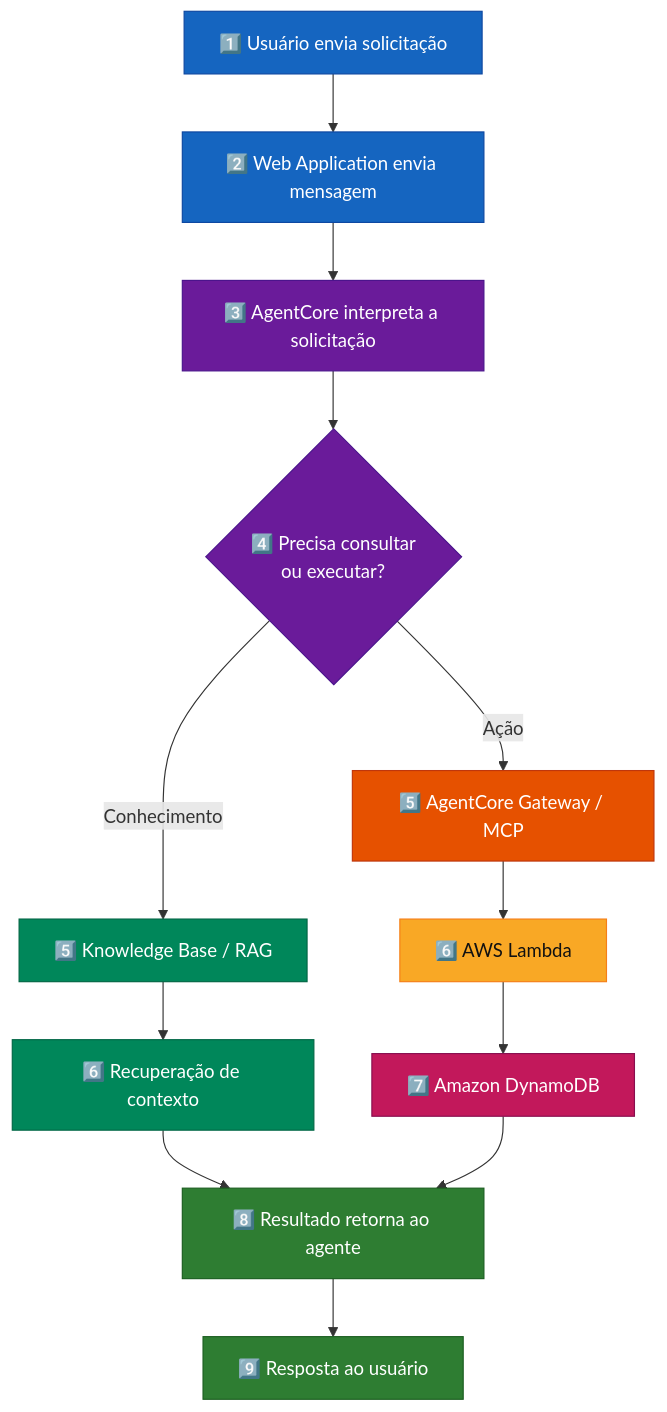
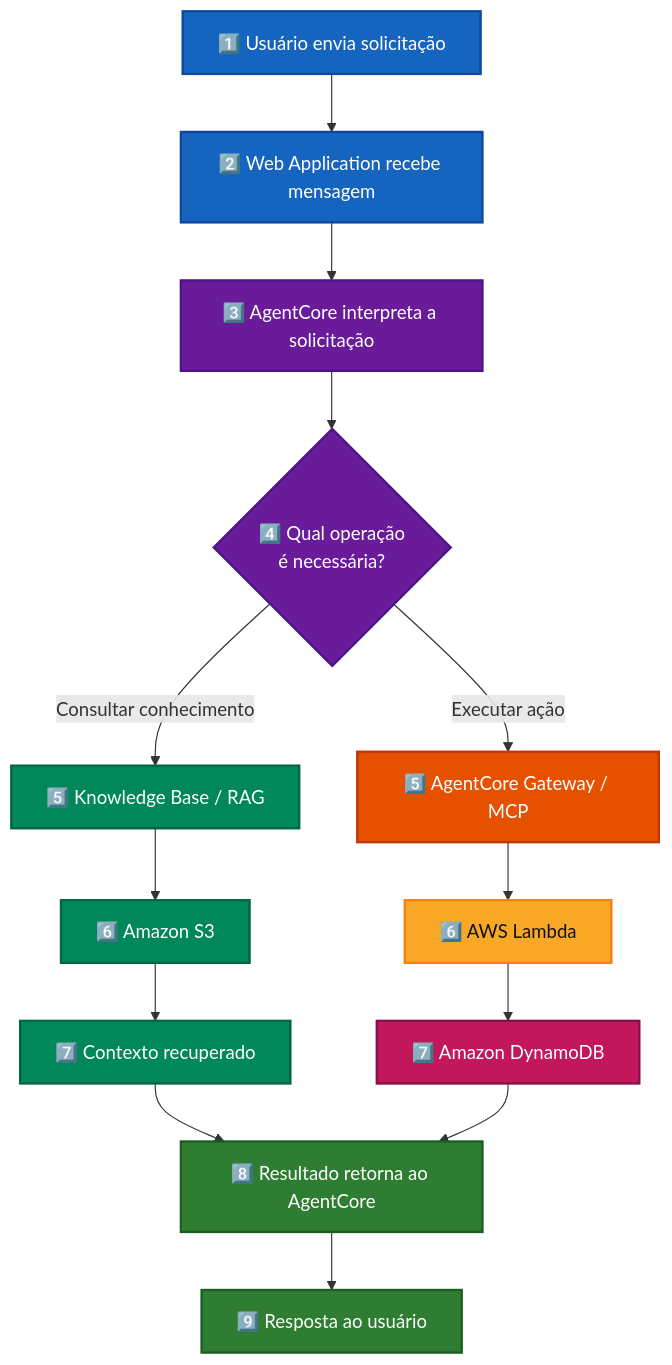
Before and after one commit to Rogerio5/aws-genai-smart-assistant-lab: the ninth of 11 diagrams in README.md, drawn with Mermaid. The commit also changed other lines of this file, not shown here.

````diff
--- a/README.md
+++ b/README.md
@@ -402,55 +493,67 @@
 ```mermaid
 flowchart TB
 
     STEP1["1️⃣ Usuário envia solicitação"]
 
-    STEP2["2️⃣ Web Application envia mensagem"]
+    STEP2["2️⃣ Web Application recebe mensagem"]
 
     STEP3["3️⃣ AgentCore interpreta a solicitação"]
 
-    STEP4{"4️⃣ Precisa consultar<br/>ou executar?"}
+    STEP4{"4️⃣ Qual operação<br/>é necessária?"}
 
     RAG["5️⃣ Knowledge Base / RAG"]
+
     TOOL["5️⃣ AgentCore Gateway / MCP"]
 
-    CONTEXT["6️⃣ Recuperação de contexto"]
+    S3["6️⃣ Amazon S3"]
+
+    CONTEXT["7️⃣ Contexto recuperado"]
+
     LAMBDA["6️⃣ AWS Lambda"]
 
     DB["7️⃣ Amazon DynamoDB"]
 
-    RESULT["8️⃣ Resultado retorna ao agente"]
+    RESULT["8️⃣ Resultado retorna ao AgentCore"]
 
     RESPONSE["9️⃣ Resposta ao usuário"]
 
     STEP1 --> STEP2
+
     STEP2 --> STEP3
+
     STEP3 --> STEP4
 
-    STEP4 -->|"Conhecimento"| RAG
-    STEP4 -->|"Ação"| TOOL
+    STEP4 -->|"Consultar conhecimento"| RAG
 
-    RAG --> CONTEXT
+    STEP4 -->|"Executar ação"| TOOL
+
+    RAG --> S3
+
+    S3 --> CONTEXT
+
     CONTEXT --> RESULT
 
     TOOL --> LAMBDA
+
     LAMBDA --> DB
+
     DB --> RESULT
 
     RESULT --> RESPONSE
 
-    classDef user fill:#1565C0,stroke:#0D47A1,color:#ffffff
-    classDef ai fill:#6A1B9A,stroke:#4A148C,color:#ffffff
-    classDef rag fill:#00875A,stroke:#006644,color:#ffffff
-    classDef integration fill:#E65100,stroke:#BF360C,color:#ffffff
-    classDef compute fill:#F9A825,stroke:#F57F17,color:#111111
-    classDef database fill:#C2185B,stroke:#880E4F,color:#ffffff
-    classDef output fill:#2E7D32,stroke:#1B5E20,color:#ffffff
+    classDef user fill:#1565C0,stroke:#0D47A1,color:#ffffff,stroke-width:2px
+    classDef ai fill:#6A1B9A,stroke:#4A148C,color:#ffffff,stroke-width:2px
+    classDef knowledge fill:#00875A,stroke:#006644,color:#ffffff,stroke-width:2px
+    classDef integration fill:#E65100,stroke:#BF360C,color:#ffffff,stroke-width:2px
+    classDef compute fill:#F9A825,stroke:#F57F17,color:#111111,stroke-width:2px
+    classDef database fill:#C2185B,stroke:#880E4F,color:#ffffff,stroke-width:2px
+    classDef result fill:#2E7D32,stroke:#1B5E20,color:#ffffff,stroke-width:2px
 
     class STEP1,STEP2 user
     class STEP3,STEP4 ai
-    class RAG,CONTEXT rag
+    class RAG,S3,CONTEXT knowledge
     class TOOL integration
     class LAMBDA compute
     class DB database
-    class RESULT,RESPONSE output
+    class RESULT,RESPONSE result
 ```
````
